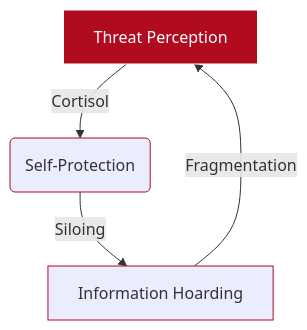
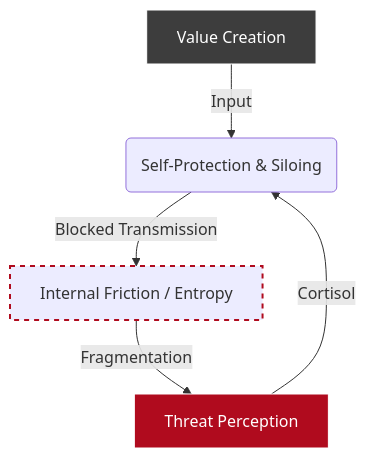
One commit to Shelbournator/thoughts changed the first of 2 diagrams in _posts/2026-01-07-the-architecture-of-trust.md. Above: the diagram before and after it, drawn with Mermaid.

````diff
--- a/_posts/2026-01-07-the-architecture-of-trust.md
+++ b/_posts/2026-01-07-the-architecture-of-trust.md
@@ -23,10 +23,11 @@
 ```mermaid
 graph TD
-    A[Threat Perception] -->|Cortisol| B(Self-Protection)
-    B -->|Siloing| C[Information Hoarding]
+    V[Value Creation] -->|Input| B(Self-Protection & Siloing)
+    A[Threat Perception] -->|Cortisol| B
+    B -->|Blocked Transmission| C[Internal Friction / Entropy]
     C -->|Fragmentation| A
 
+    style V fill:#3d3d3d,stroke:#fff,color:#fff
     style A fill:#b00b1e,stroke:#fff,color:#fff
-    style B stroke:#b00b1e
-    style C stroke:#b00b1e
+    style C stroke:#b00b1e,stroke-width:2px,stroke-dasharray: 5 5
 ```
````
